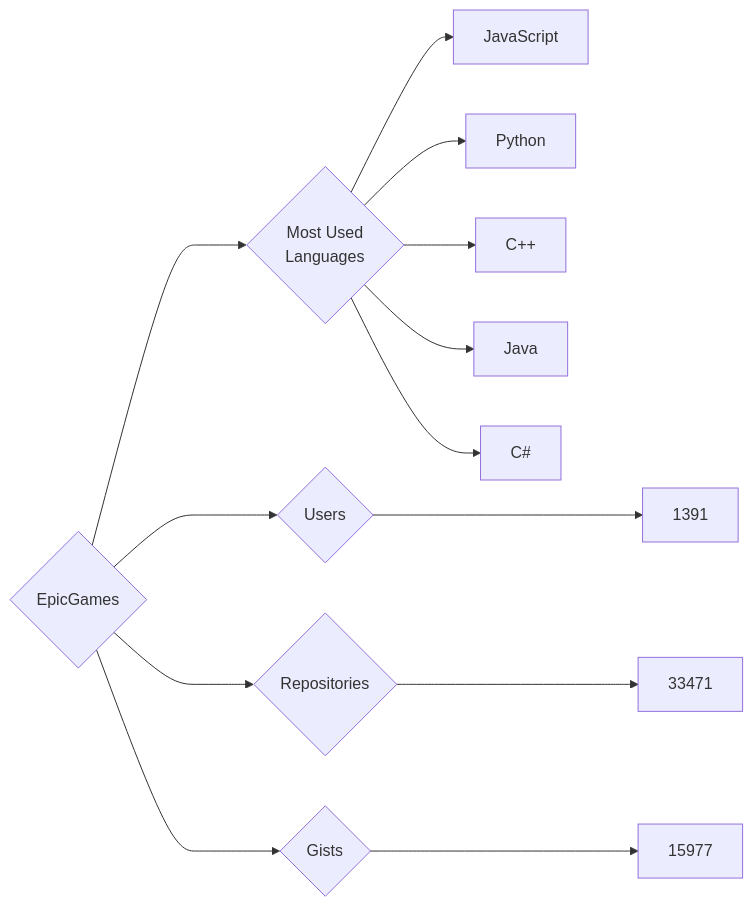
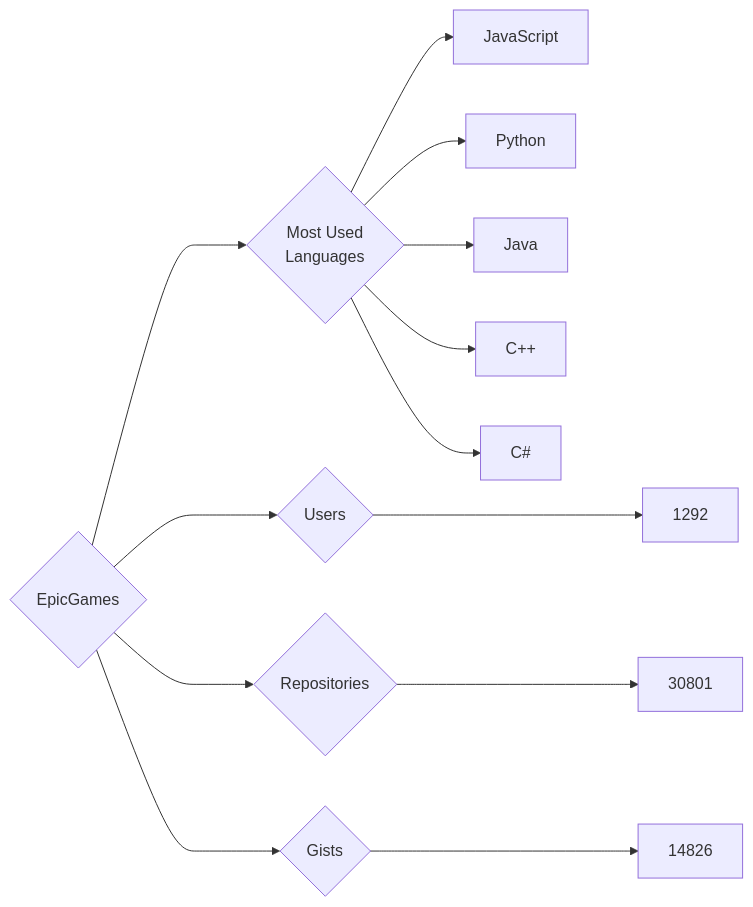
One commit to trickest/insiders changed the diagram in targets/EpicGames/README.md. Above: the diagram before and after it, drawn with Mermaid. The commit also changed 639 other files, not shown here.

````diff
--- a/targets/EpicGames/README.md
+++ b/targets/EpicGames/README.md
@@ -3,13 +3,13 @@
 ```mermaid
 graph LR
 COMPANY_NAME{EpicGames}
-COMPANY_NAME ---> U{Users} ---> UN[1391]
-COMPANY_NAME ---> R{Repositories} ---> RN[33471]
-COMPANY_NAME ---> G{Gists} ---> GN[15977]
+COMPANY_NAME ---> U{Users} ---> UN[1292]
+COMPANY_NAME ---> R{Repositories} ---> RN[30801]
+COMPANY_NAME ---> G{Gists} ---> GN[14826]
 COMPANY_NAME ---> ML{Most Used<br>Languages}
 ML --> JavaScript[JavaScript]
 ML --> Python[Python]
+ML --> Java[Java]
 ML --> C++[C++]
-ML --> Java[Java]
 ML --> C#[C#]
 ```
````
